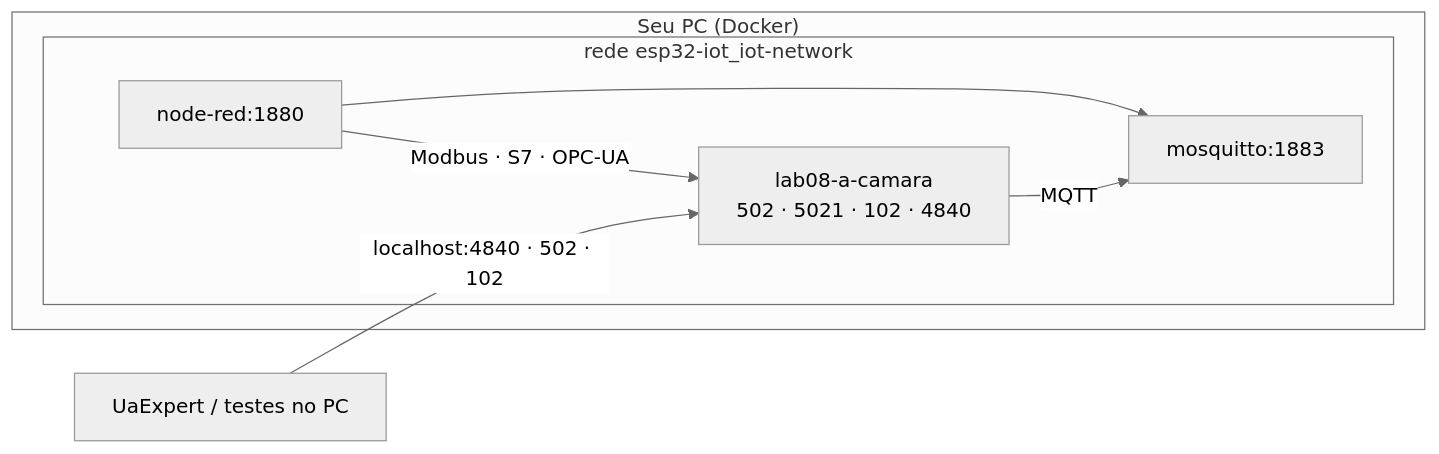
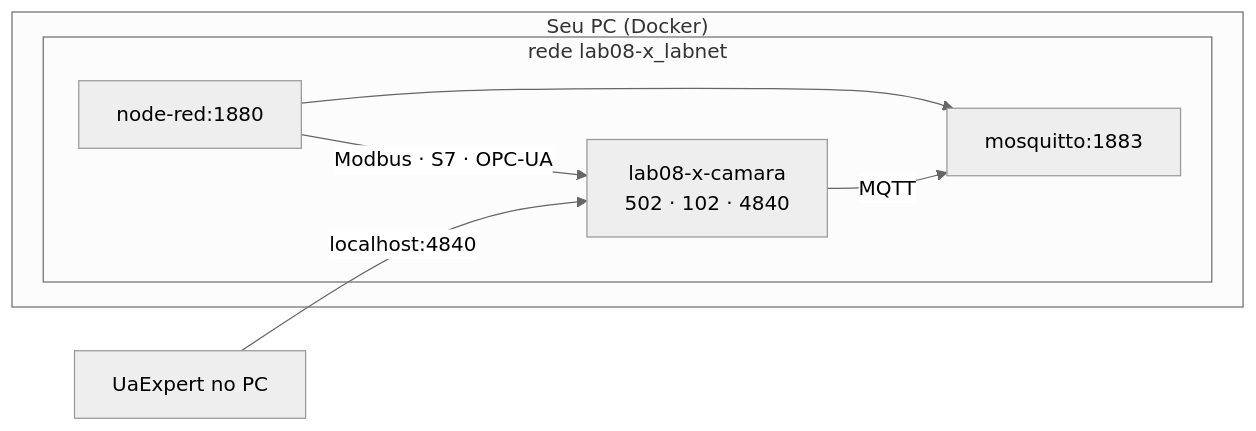
The second of 5 diagrams in labs-docs/LAB08.mdx (ruseleredu/iiot-docs), drawn with Mermaid (neutral theme) before and after one commit. The commit also changed other lines of this file, not shown here.

First line of the commit message:
Refocus Lab 08 on protocol basics

````diff
--- a/labs-docs/LAB08.mdx
+++ b/labs-docs/LAB08.mdx
@@ -163,14 +162,14 @@
 ```mermaid
 flowchart LR
   subgraph PC["Seu PC (Docker)"]
-    subgraph NET["rede esp32-iot_iot-network"]
+    subgraph NET["rede lab08-x_labnet"]
       MQ[mosquitto:1883]
       NR[node-red:1880]
-      CS[lab08-a-camara<br/>502 · 5021 · 102 · 4840]
+      CS[lab08-x-camara<br/>502 · 102 · 4840]
     end
   end
   CS -->|MQTT| MQ
   NR -->|Modbus · S7 · OPC-UA| CS
   NR --> MQ
-  UA[UaExpert / testes no PC] -->|localhost:4840 · 502 · 102| CS
+  UA[UaExpert no PC] -->|localhost:4840| CS
 ```
````
